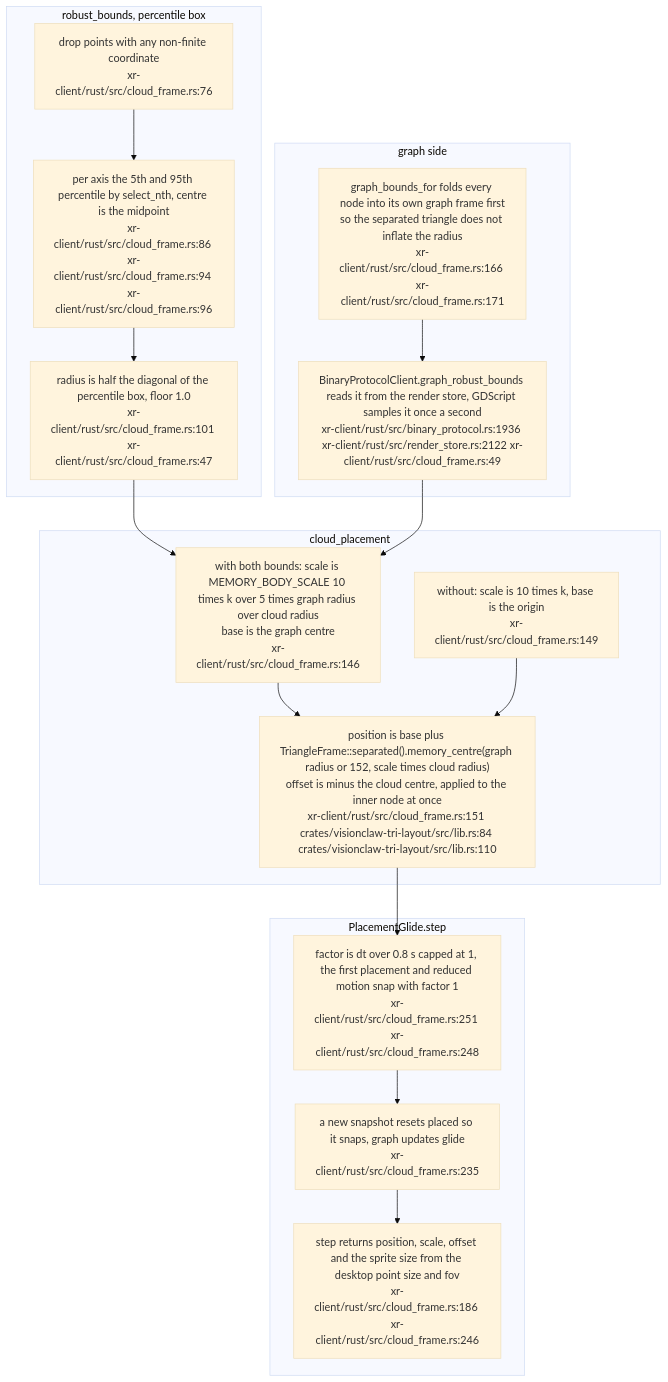
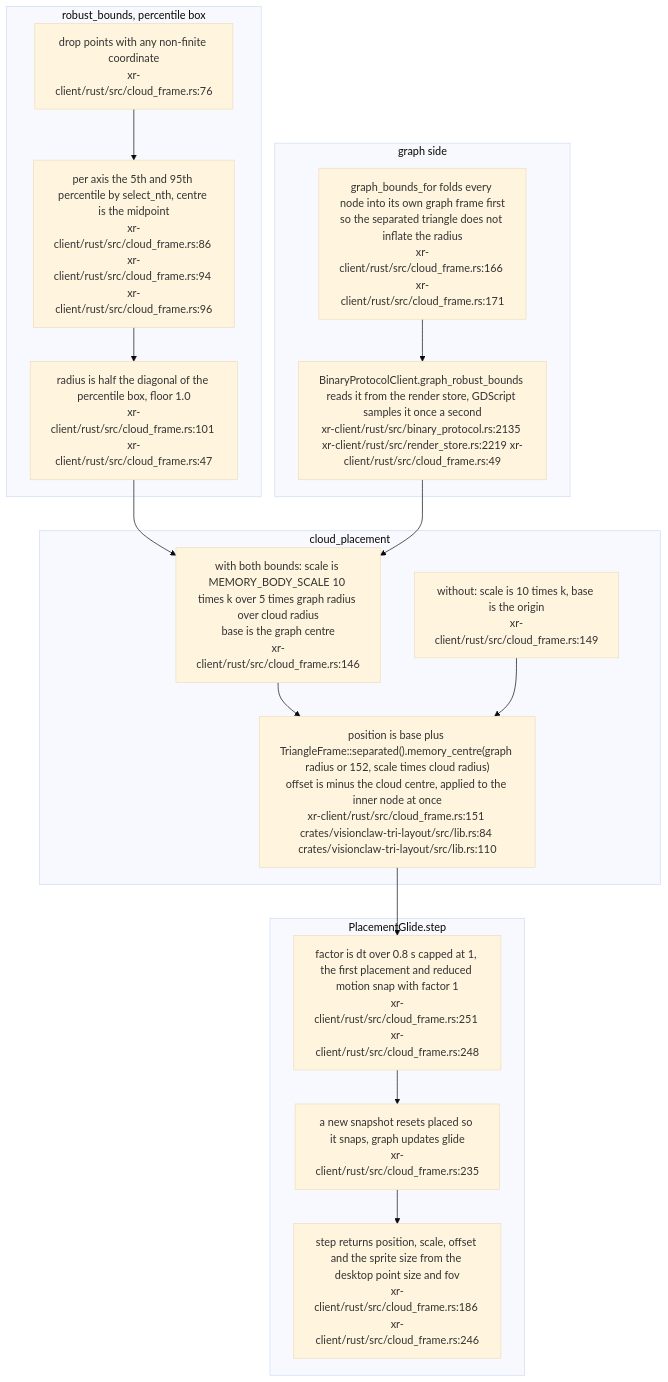
The sixth of 19 diagrams in docs/diagrams/visionclaw/38-xr-memory-cloud-internals.md (DreamLab-AI/VisionFlow), drawn with Mermaid (base theme) before and after one commit. The commit also changed other lines of this file and 151 other files, not shown here.

````diff
--- a/docs/diagrams/visionclaw/38-xr-memory-cloud-internals.md
+++ b/docs/diagrams/visionclaw/38-xr-memory-cloud-internals.md
@@ -259,29 +259,29 @@
 ```mermaid
 flowchart TB
     subgraph bounds["robust_bounds, percentile box"]
         B1["drop points with any non-finite coordinate<br/>xr-client/rust/src/cloud_frame.rs:76"]
         B2["per axis the 5th and 95th percentile by select_nth, centre is the midpoint<br/>xr-client/rust/src/cloud_frame.rs:86 xr-client/rust/src/cloud_frame.rs:94 xr-client/rust/src/cloud_frame.rs:96"]
         B3["radius is half the diagonal of the percentile box, floor 1.0<br/>xr-client/rust/src/cloud_frame.rs:101 xr-client/rust/src/cloud_frame.rs:47"]
     end
     subgraph graph["graph side"]
         G1["graph_bounds_for folds every node into its own graph frame first<br/>so the separated triangle does not inflate the radius<br/>xr-client/rust/src/cloud_frame.rs:166 xr-client/rust/src/cloud_frame.rs:171"]
-        G2["BinaryProtocolClient.graph_robust_bounds reads it from the render store, GDScript samples it once a second<br/>xr-client/rust/src/binary_protocol.rs:1936 xr-client/rust/src/render_store.rs:2122 xr-client/rust/src/cloud_frame.rs:49"]
+        G2["BinaryProtocolClient.graph_robust_bounds reads it from the render store, GDScript samples it once a second<br/>xr-client/rust/src/binary_protocol.rs:2135 xr-client/rust/src/render_store.rs:2219 xr-client/rust/src/cloud_frame.rs:49"]
     end
     subgraph place["cloud_placement"]
         P1["with both bounds: scale is MEMORY_BODY_SCALE 10 times k over 5 times graph radius over cloud radius<br/>base is the graph centre<br/>xr-client/rust/src/cloud_frame.rs:146"]
         P2["without: scale is 10 times k, base is the origin<br/>xr-client/rust/src/cloud_frame.rs:149"]
         P3["position is base plus TriangleFrame::separated().memory_centre(graph radius or 152, scale times cloud radius)<br/>offset is minus the cloud centre, applied to the inner node at once<br/>xr-client/rust/src/cloud_frame.rs:151 crates/visionclaw-tri-layout/src/lib.rs:84 crates/visionclaw-tri-layout/src/lib.rs:110"]
     end
     subgraph glide["PlacementGlide.step"]
         D1["factor is dt over 0.8 s capped at 1, the first placement and reduced motion snap with factor 1<br/>xr-client/rust/src/cloud_frame.rs:251 xr-client/rust/src/cloud_frame.rs:248"]
         D2["a new snapshot resets placed so it snaps, graph updates glide<br/>xr-client/rust/src/cloud_frame.rs:235"]
         D3["step returns position, scale, offset and the sprite size from the desktop point size and fov<br/>xr-client/rust/src/cloud_frame.rs:186 xr-client/rust/src/cloud_frame.rs:246"]
     end
     B1 --> B2 --> B3
     G1 --> G2
     B3 --> P1
     G2 --> P1
     P1 --> P3
     P2 --> P3
     P3 --> D1 --> D2 --> D3
 ```
````
